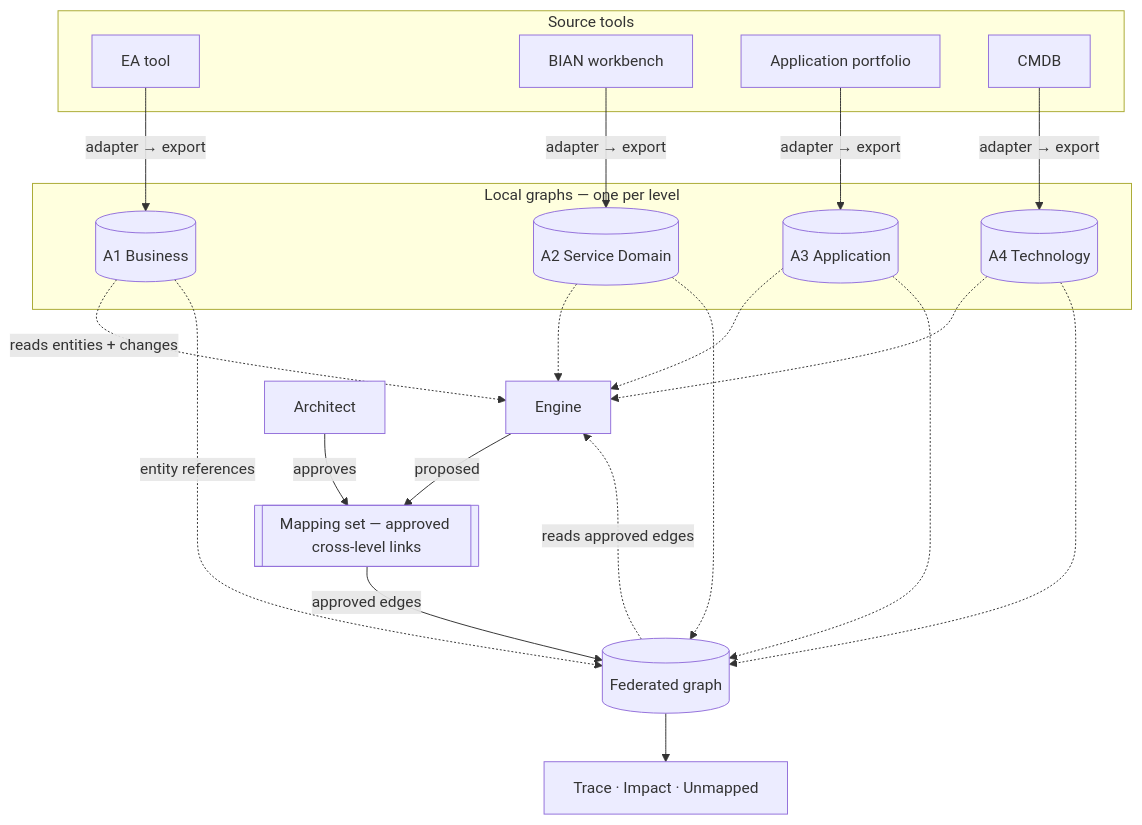
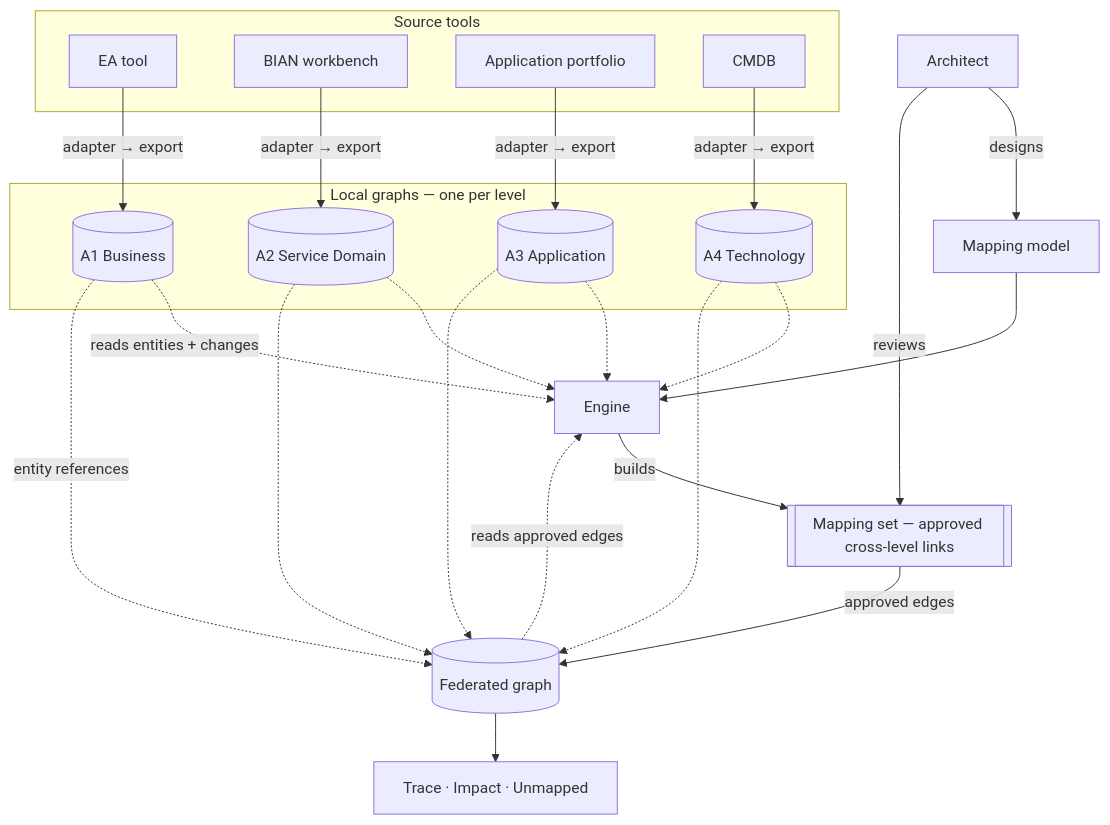
One commit to taumoeps/bian-sdem-framework changed the first of 2 diagrams in docs/knowledge-graph-spec.md. Above: the diagram before and after it, drawn with Mermaid. The commit also changed other lines of this file and 1 other file, not shown here.

Commit message:
knowledge-graph-spec: architects design the mapping model (C-01b); the engine applies it and builds the mapping set; architects review and correct the model rather than hand-edit the set

````diff
--- a/docs/knowledge-graph-spec.md
+++ b/docs/knowledge-graph-spec.md
@@ -9,35 +9,37 @@
 ```mermaid
 flowchart TB
     subgraph SOURCES[Source tools]
       T1[EA tool]
       T2[BIAN workbench]
       T3[Application portfolio]
       T4[CMDB]
     end
     subgraph LOCAL[Local graphs — one per level]
       L1[(A1 Business)]
       L2[(A2 Service Domain)]
       L3[(A3 Application)]
       L4[(A4 Technology)]
     end
     MD[[Mapping set — approved cross-level links]]
     FED[(Federated graph)]
     Q[Trace · Impact · Unmapped]
     T1 -->|adapter → export| L1
     T2 -->|adapter → export| L2
     T3 -->|adapter → export| L3
     T4 -->|adapter → export| L4
-    ENG[Engine] -->|proposed| MD
-    ARCH[Architect] -->|approves| MD
+    MMOD[Mapping model] --> ENG
+    ARCH[Architect] -->|designs| MMOD
+    ENG[Engine] -->|builds| MD
+    ARCH -->|reviews| MD
     L1 -.->|reads entities + changes| ENG
     L2 -.-> ENG
     L3 -.-> ENG
     L4 -.-> ENG
     FED -.->|reads approved edges| ENG
     L1 -.->|entity references| FED
     L2 -.-> FED
     L3 -.-> FED
     L4 -.-> FED
     MD -->|approved edges| FED
     FED --> Q
 ```
````
